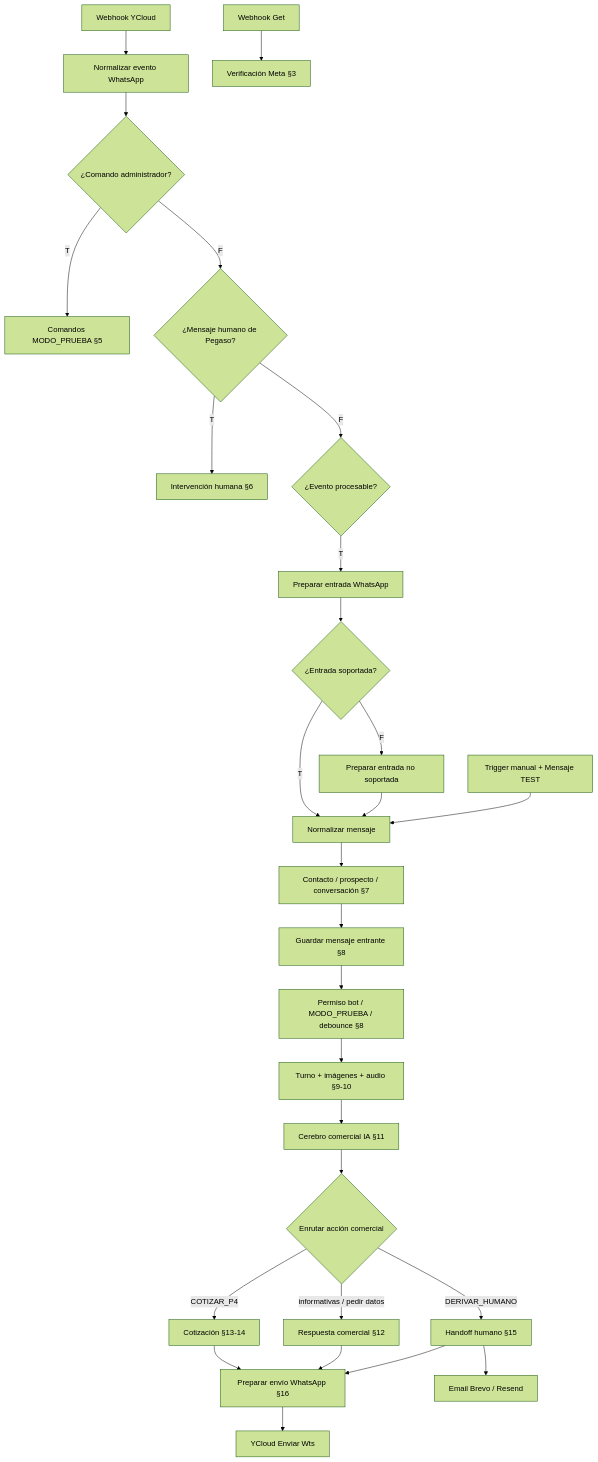
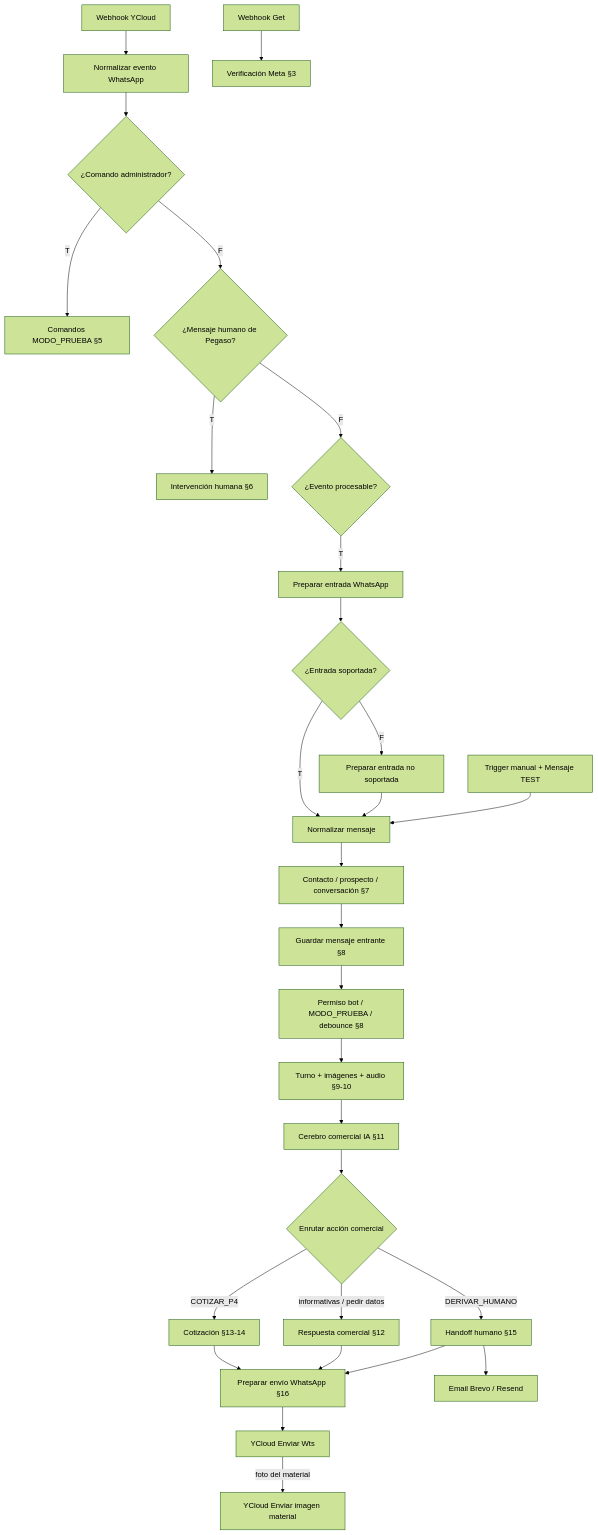
Before and after one commit to Theborycuas/pegaso-n8n: the first of 15 diagrams in docs/FLUJO-WORKFLOW-PEGASO.md, drawn with Mermaid (forest theme). The commit also changed other lines of this file and 8 other files, not shown here.

````diff
--- a/docs/FLUJO-WORKFLOW-PEGASO.md
+++ b/docs/FLUJO-WORKFLOW-PEGASO.md
@@ -50,29 +50,30 @@
 ```mermaid
 flowchart TD
     YC[Webhook YCloud] --> NEV[Normalizar evento WhatsApp]
     NEV --> CMD{¿Comando administrador?}
     CMD -->|T| ADM[Comandos MODO_PRUEBA §5]
     CMD -->|F| HUM{¿Mensaje humano de Pegaso?}
     HUM -->|T| INT[Intervención humana §6]
     HUM -->|F| PROC{¿Evento procesable?}
     PROC -->|T| ENT[Preparar entrada WhatsApp]
     ENT --> SOP{¿Entrada soportada?}
     SOP -->|T| NM[Normalizar mensaje]
     SOP -->|F| NS[Preparar entrada no soportada] --> NM
     TEST[Trigger manual + Mensaje TEST] --> NM
     NM --> CPC[Contacto / prospecto / conversación §7]
     CPC --> GME[Guardar mensaje entrante §8]
     GME --> PERM[Permiso bot / MODO_PRUEBA / debounce §8]
     PERM --> TURNO[Turno + imágenes + audio §9-10]
     TURNO --> CER[Cerebro comercial IA §11]
     CER --> SW{Enrutar acción comercial}
     SW -->|COTIZAR_P4| COT[Cotización §13-14]
     SW -->|informativas / pedir datos| RESP[Respuesta comercial §12]
     SW -->|DERIVAR_HUMANO| HO[Handoff humano §15]
     COT --> OUT[Preparar envío WhatsApp §16]
     RESP --> OUT
     HO --> OUT
     HO --> MAIL[Email Brevo / Resend]
     OUT --> YCS[YCloud Enviar Wts]
+    YCS -->|foto del material| YCI[YCloud Enviar imagen material]
     MG[Webhook Get] --> VM[Verificación Meta §3]
 ```
````
